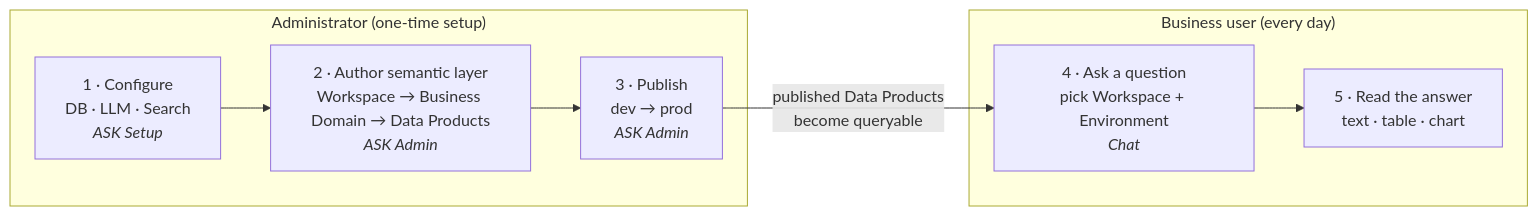
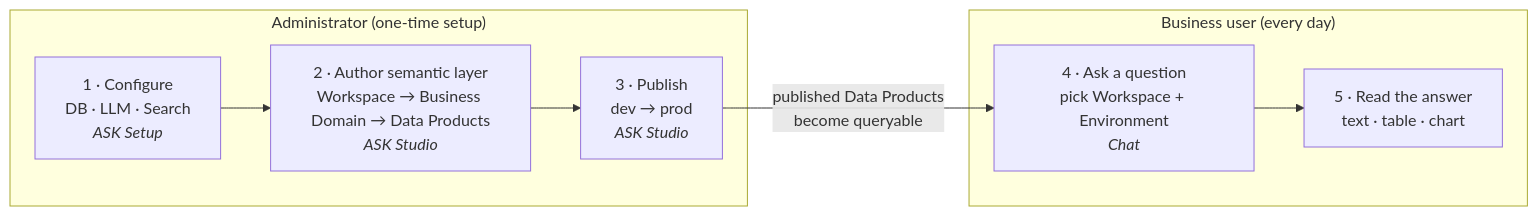
One commit to Onibex/agentic-semantic-knowledge-ask changed the second of 6 diagrams in platform/docs/02-concepts.md. Above: the diagram before and after it, drawn with Mermaid. The commit also changed other lines of this file and 23 other files, not shown here.

First line of the commit message:
refactor(docs): the manual calls the interface ASK Studio, like the product does

````diff
--- a/platform/docs/02-concepts.md
+++ b/platform/docs/02-concepts.md
@@ -84,15 +84,15 @@
 ```mermaid
 flowchart LR
     subgraph SETUP["Administrator (one-time setup)"]
         C["1 · Configure<br/>DB · LLM · Search<br/><i>ASK Setup</i>"]
-        S["2 · Author semantic layer<br/>Workspace → Business Domain → Data Products<br/><i>ASK Admin</i>"]
-        P["3 · Publish<br/>dev → prod<br/><i>ASK Admin</i>"]
+        S["2 · Author semantic layer<br/>Workspace → Business Domain → Data Products<br/><i>ASK Studio</i>"]
+        P["3 · Publish<br/>dev → prod<br/><i>ASK Studio</i>"]
         C --> S --> P
     end
     subgraph DAILY["Business user (every day)"]
         Q["4 · Ask a question<br/>pick Workspace + Environment<br/><i>Chat</i>"]
         A["5 · Read the answer<br/>text · table · chart"]
         Q --> A
     end
     P -->|published Data Products<br/>become queryable| Q
 ```
````
